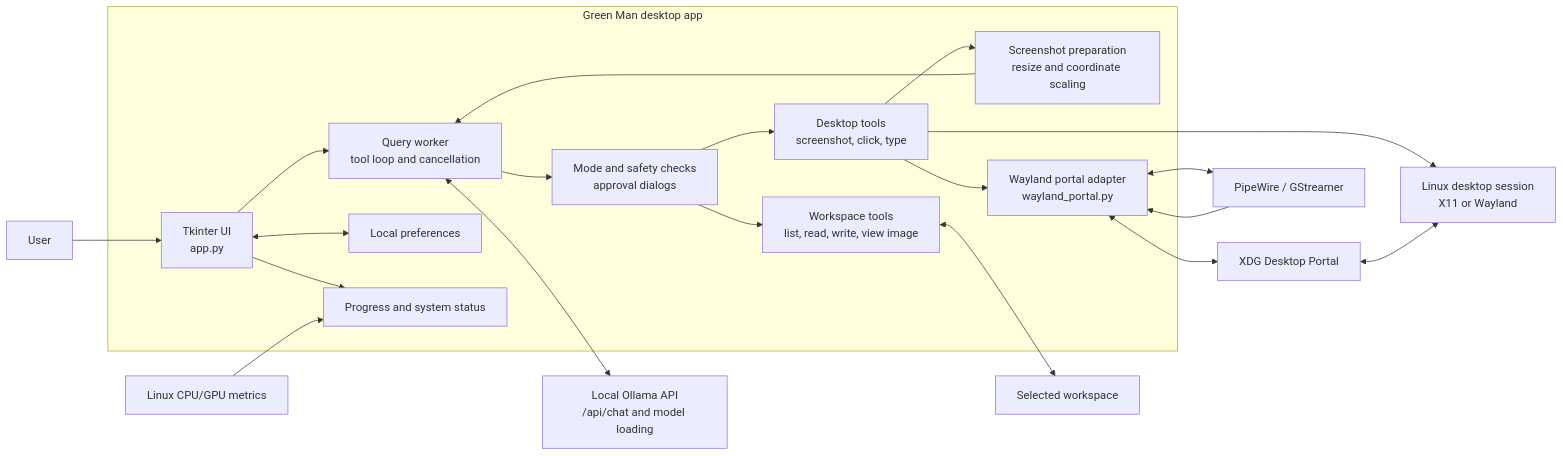
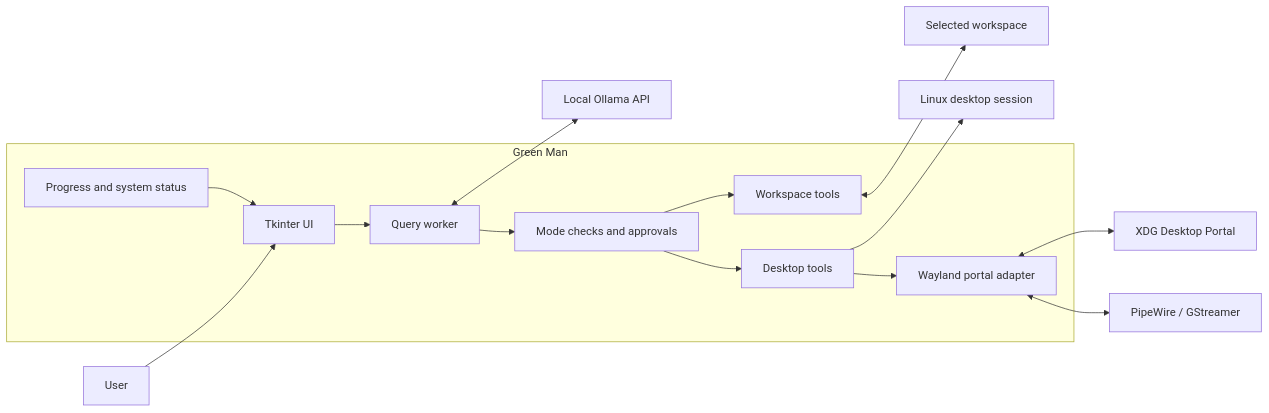
One commit to bryanspms/GreenMan changed the diagram in README.md. Above: the diagram before and after it, drawn with Mermaid. The commit also changed other lines of this file, not shown here.

````diff
--- a/README.md
+++ b/README.md
@@ -9,40 +20,31 @@
 ```mermaid
 flowchart LR
     User[User]
-    subgraph App["Green Man desktop app"]
-        UI["Tkinter UI<br/>app.py"]
-        Turn["Query worker<br/>tool loop and cancellation"]
-        Guard["Mode and safety checks<br/>approval dialogs"]
-        Workspace["Workspace tools<br/>list, read, write, view image"]
-        Desktop["Desktop tools<br/>screenshot, click, type"]
-        Image["Screenshot preparation<br/>resize and coordinate scaling"]
-        Prefs["Local preferences"]
-        Status["Progress and system status"]
-        Wayland["Wayland portal adapter<br/>wayland_portal.py"]
+    subgraph App[Green Man]
+        UI[Tkinter UI]
+        Turn[Query worker]
+        Guard[Mode checks and approvals]
+        Files[Workspace tools]
+        Desktop[Desktop tools]
+        Wayland[Wayland portal adapter]
+        Status[Progress and system status]
     end
-    Ollama["Local Ollama API<br/>/api/chat and model loading"]
-    Files["Selected workspace"]
-    Portal["XDG Desktop Portal"]
-    PipeWire["PipeWire / GStreamer"]
-    LinuxDesktop["Linux desktop session<br/>X11 or Wayland"]
-    Sensors["Linux CPU/GPU metrics"]
+    Ollama[Local Ollama API]
+    Workspace[Selected workspace]
+    Portal[XDG Desktop Portal]
+    PipeWire[PipeWire / GStreamer]
+    Linux[Linux desktop session]
 
     User --> UI
     UI --> Turn
-    UI <--> Prefs
-    UI --> Status
-    Sensors --> Status
     Turn <--> Ollama
     Turn --> Guard
-    Guard --> Workspace
+    Guard --> Files
     Guard --> Desktop
-    Workspace <--> Files
-    Desktop --> Image
-    Image --> Turn
-    Desktop --> LinuxDesktop
+    Files <--> Workspace
+    Desktop --> Linux
     Desktop --> Wayland
     Wayland <--> Portal
     Wayland <--> PipeWire
-    Portal <--> LinuxDesktop
-    PipeWire --> Wayland
+    Status --> UI
 ```
````
